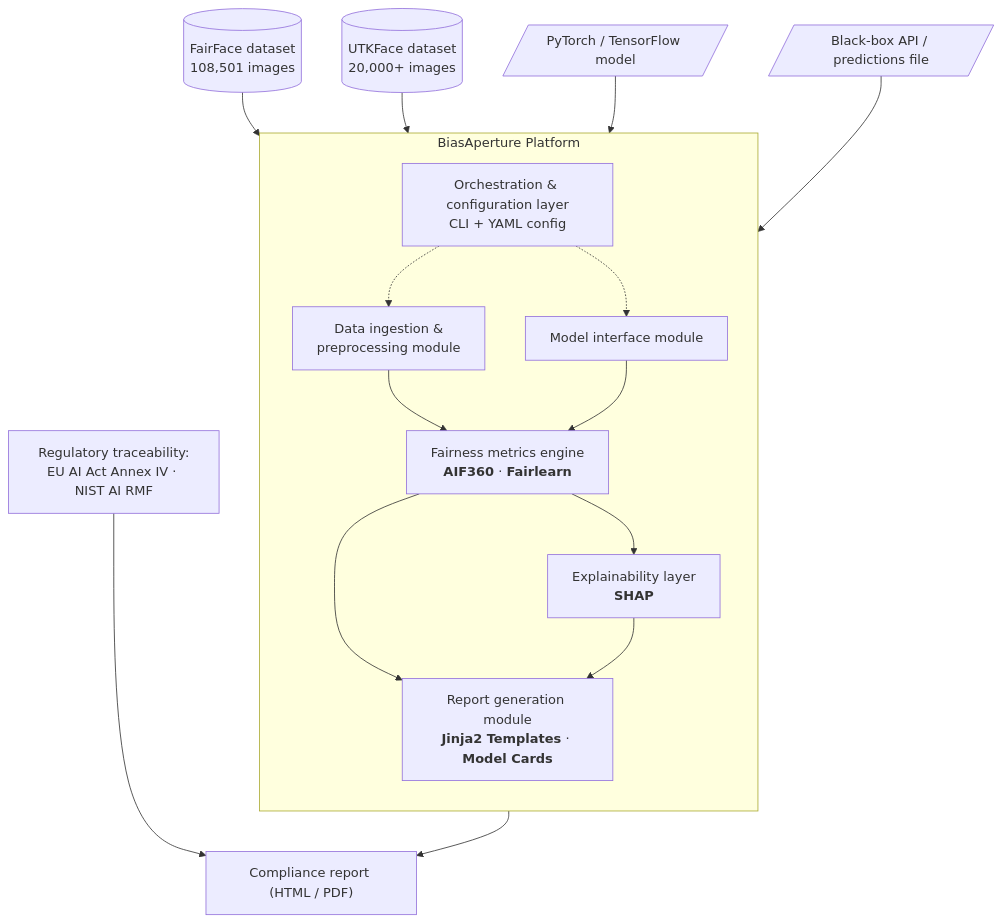
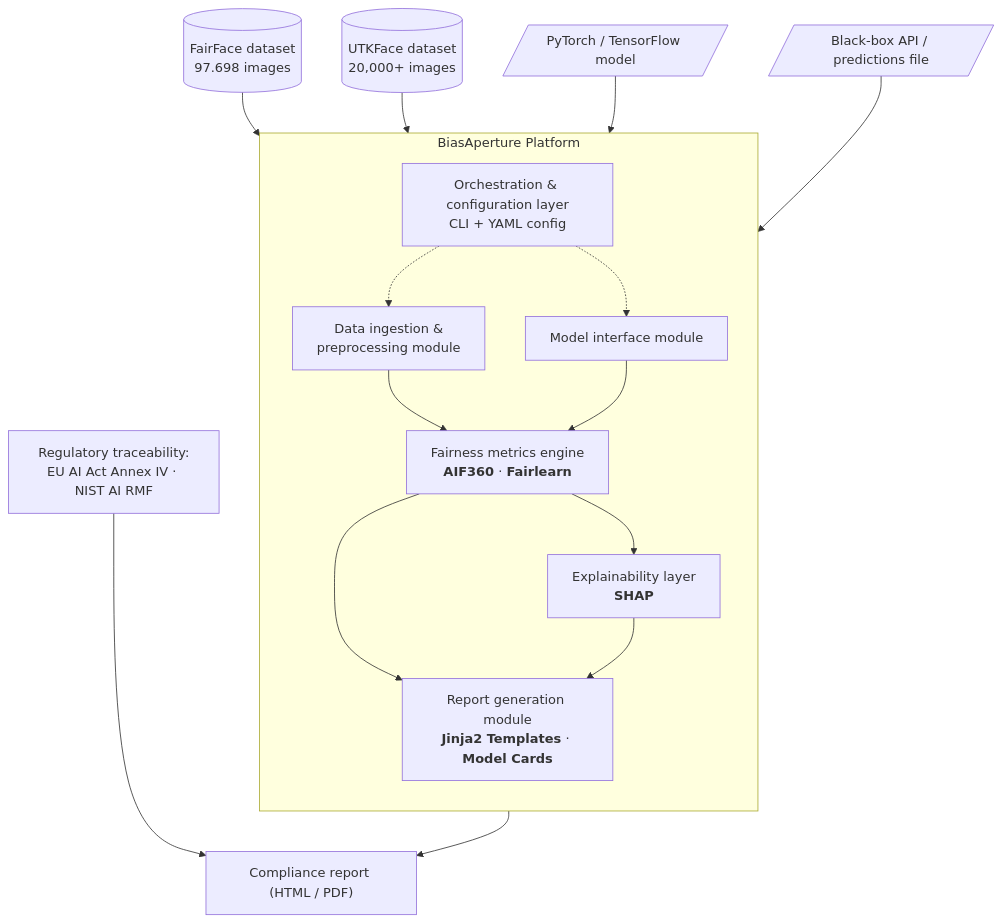
The diagram in README.md (Aaradhya-Dev-Tamrakar/BiasAperture), drawn with Mermaid before and after one commit.

Commit message:
docs(readme): edit FairFace details

````diff
--- a/README.md
+++ b/README.md
@@ -18,33 +18,33 @@
 ```mermaid
 flowchart TD
-    FF[("FairFace dataset<br/>108,501 images")]
+    FF[("FairFace dataset<br/>97.698 images")]
     UTK[("UTKFace dataset<br/>20,000+ images")]
     PT[/"PyTorch / TensorFlow model"/]
     BB[/"Black-box API / predictions file"/]
 
     subgraph BA["BiasAperture Platform"]
         direction TB
         ORCH["Orchestration & configuration layer<br/>CLI + YAML config"]
         ING["Data ingestion &<br/>preprocessing module"]
         MIF["Model interface module"]
         FME["Fairness metrics engine<br/><b>AIF360</b> · <b>Fairlearn</b>"]
         EXP["Explainability layer<br/><b>SHAP</b>"]
         REP["Report generation module<br/><b>Jinja2 Templates</b> · <b>Model Cards</b>"]
 
         ORCH -.-> ING
         ORCH -.-> MIF
         ING --> FME
         MIF --> FME
         FME --> EXP
         FME --> REP
         EXP --> REP
     end
 
     FF --> ING
     UTK --> ING
     PT --> MIF
     BB --> MIF
 
     REP --> COMP["Compliance report (HTML / PDF)"]
     REG["Regulatory traceability:<br/>EU AI Act Annex IV · NIST AI RMF"] --> COMP
 ```
````
